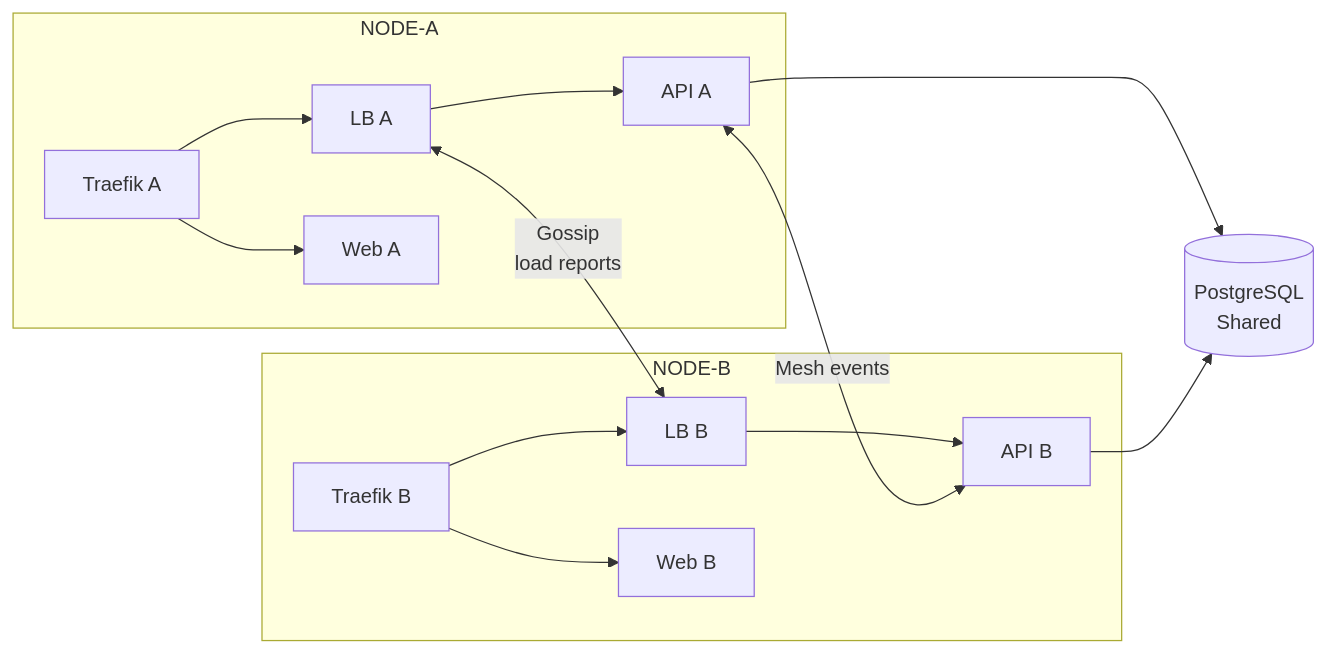
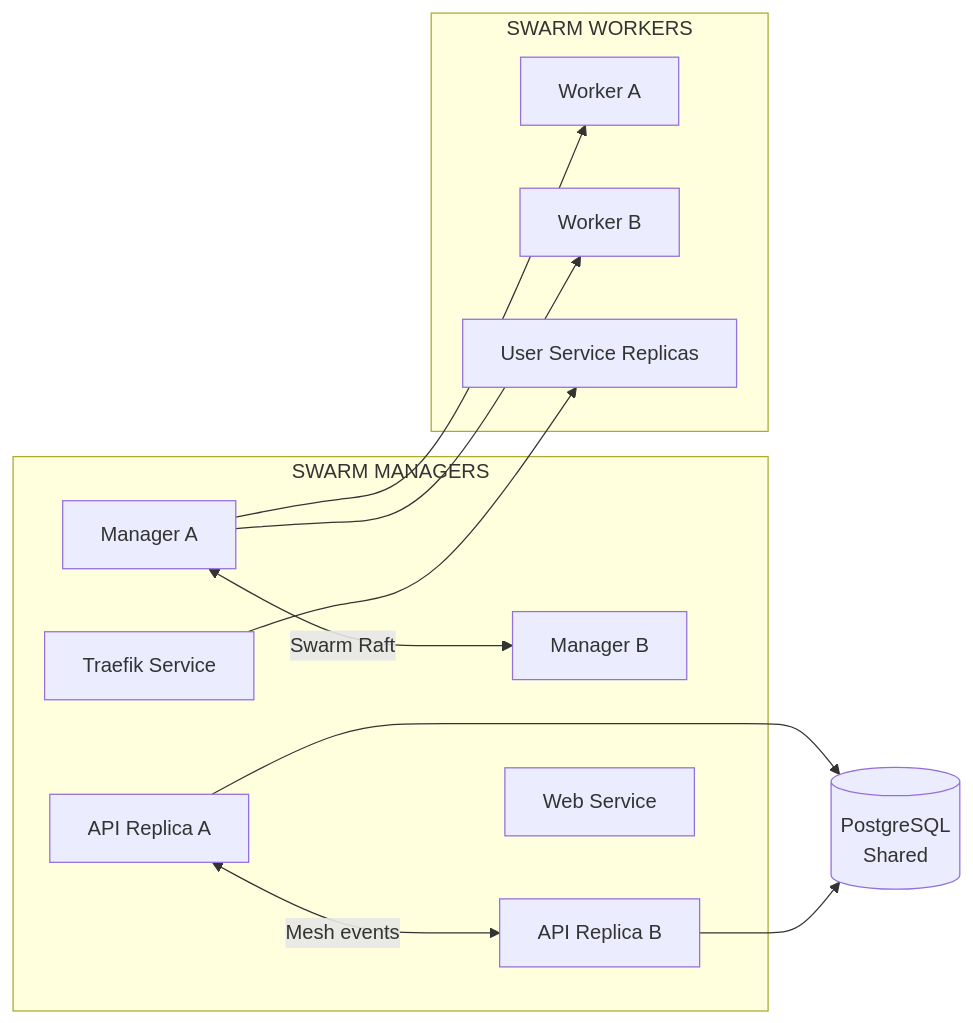
Before and after one commit to N0SAFE/deployer: the second of 2 diagrams in apps/doc/content/docs/architecture/architecture.mdx, drawn with Mermaid. The commit also changed other lines of this file and 563 other files, not shown here.

````diff
--- a/apps/doc/content/docs/architecture/architecture.mdx
+++ b/apps/doc/content/docs/architecture/architecture.mdx
@@ -70,19 +70,27 @@
 ```mermaid
 graph LR
-    subgraph "NODE-A"
-        TA["Traefik A"] --> LBA["LB A"]
-        LBA --> APIA["API A"]
-        TA --> WebA["Web A"]
-    end
-    subgraph "NODE-B"
-        TB["Traefik B"] --> LBB["LB B"]
-        LBB --> APIB["API B"]
-        TB --> WebB["Web B"]
-    end
+	subgraph "SWARM MANAGERS"
+		M1["Manager A"]
+		M2["Manager B"]
+		Tr["Traefik Service"]
+		ApiA["API Replica A"]
+		ApiB["API Replica B"]
+		Web["Web Service"]
+	end
 
-    PG[("PostgreSQL\nShared")]
-    APIA <-->|"Mesh events"| APIB
-    LBA <-->|"Gossip\nload reports"| LBB
-    APIA --> PG
-    APIB --> PG
+	subgraph "SWARM WORKERS"
+		W1["Worker A"]
+		W2["Worker B"]
+		App["User Service Replicas"]
+	end
+
+	PG[("PostgreSQL\nShared")]
+
+	M1 <-->|"Swarm Raft"| M2
+	M1 --> W1
+	M1 --> W2
+	Tr --> App
+	ApiA <-->|"Mesh events"| ApiB
+	ApiA --> PG
+	ApiB --> PG
 ```
````
